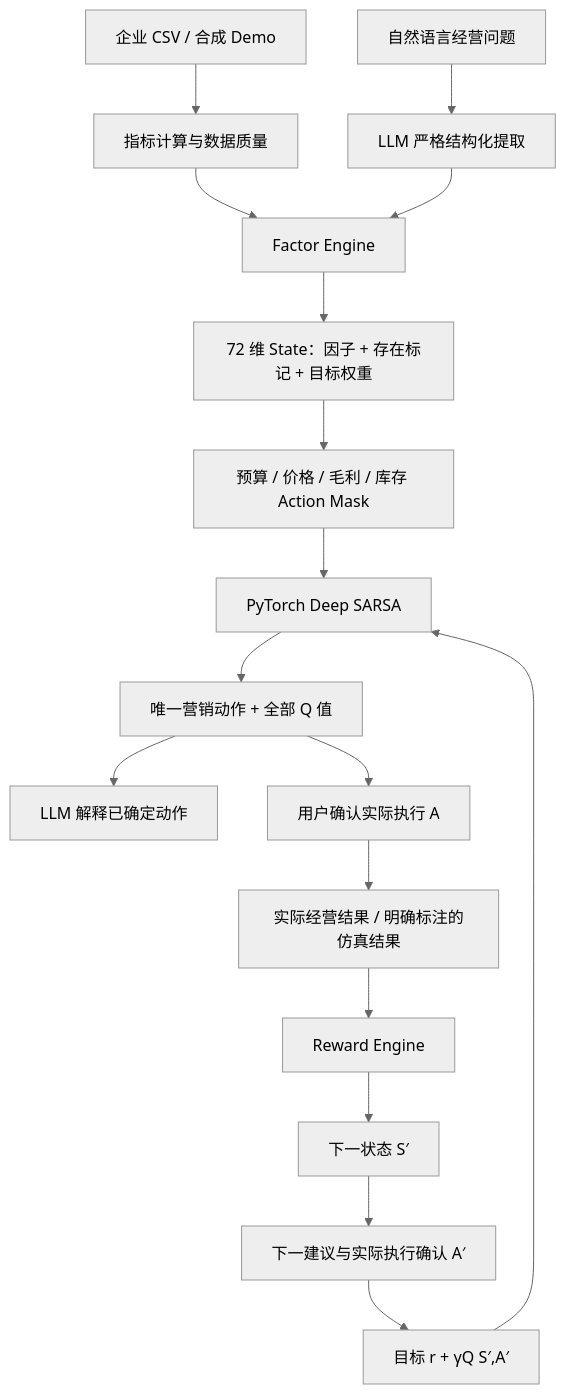
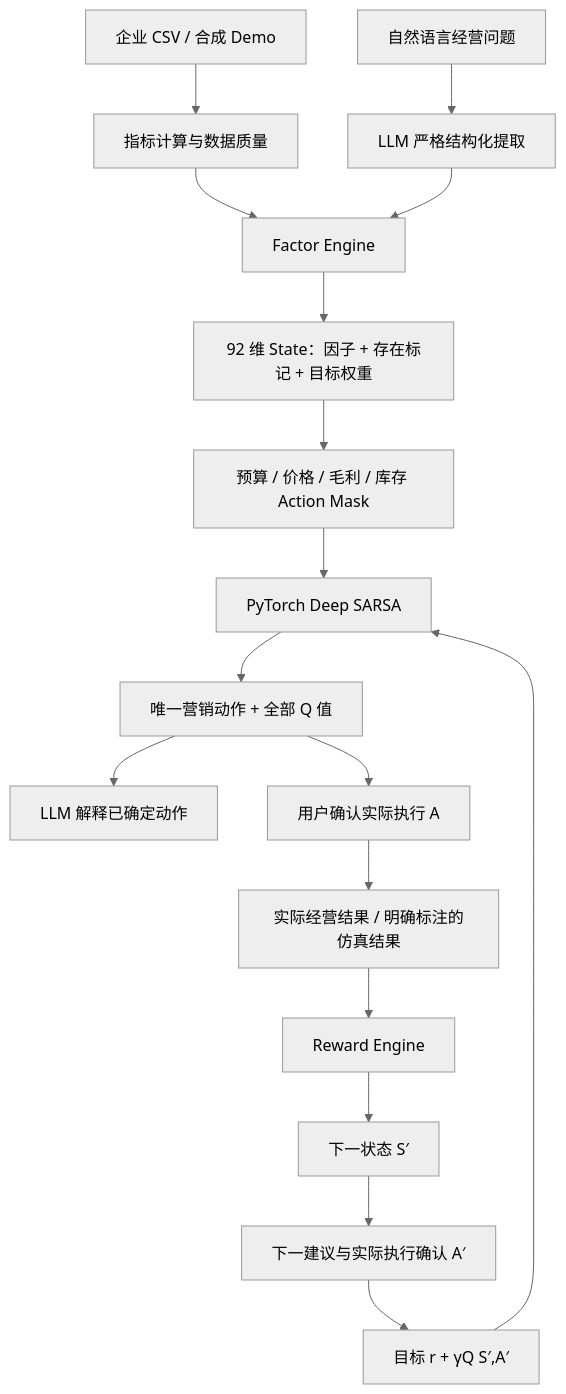
The diagram in README.md (15-dot-py/llm-sarsa), drawn with Mermaid (neutral theme) before and after one commit. The commit also changed other lines of this file and 24 other files, not shown here.

````diff
--- a/README.md
+++ b/README.md
@@ -53,19 +53,19 @@
 ```mermaid
 flowchart TD
   CSV[企业 CSV / 合成 Demo] --> D[指标计算与数据质量]
   NL[自然语言经营问题] --> L[LLM 严格结构化提取]
   D --> F[Factor Engine]
   L --> F
-  F --> S[72 维 State：因子 + 存在标记 + 目标权重]
+  F --> S[92 维 State：因子 + 存在标记 + 目标权重]
   S --> M[预算 / 价格 / 毛利 / 库存 Action Mask]
   M --> Q[PyTorch Deep SARSA]
   Q --> A[唯一营销动作 + 全部 Q 值]
   A --> X[LLM 解释已确定动作]
   A --> CONFIRM[用户确认实际执行 A]
   CONFIRM --> RESULT[实际经营结果 / 明确标注的仿真结果]
   RESULT --> R[Reward Engine]
   R --> NS[下一状态 S′]
   NS --> NA[下一建议与实际执行确认 A′]
   NA --> U[目标 r + γQ S′,A′]
   U --> Q
 ```
````
